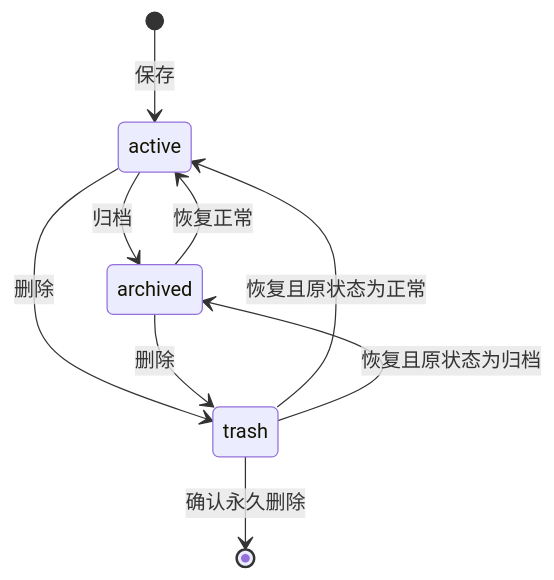
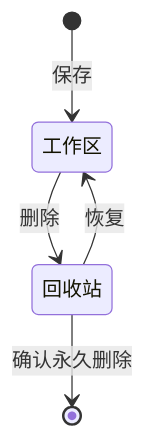
Before and after one commit to marineyulxl/Luma: the fourth of 7 diagrams in docs/architecture/DATABASE-DESIGN.md, drawn with Mermaid. The commit also changed other lines of this file and 82 other files, not shown here.

````diff
--- a/docs/architecture/DATABASE-DESIGN.md
+++ b/docs/architecture/DATABASE-DESIGN.md
@@ -421,11 +441,9 @@
 ```mermaid
 stateDiagram-v2
-    [*] --> active: 保存
-    active --> archived: 归档
-    archived --> active: 恢复正常
-    active --> trash: 删除
-    archived --> trash: 删除
-    trash --> active: 恢复且原状态为正常
-    trash --> archived: 恢复且原状态为归档
+    state "工作区" as workspace
+    state "回收站" as trash
+    [*] --> workspace: 保存
+    workspace --> trash: 删除
+    trash --> workspace: 恢复
     trash --> [*]: 确认永久删除
 ```
````
